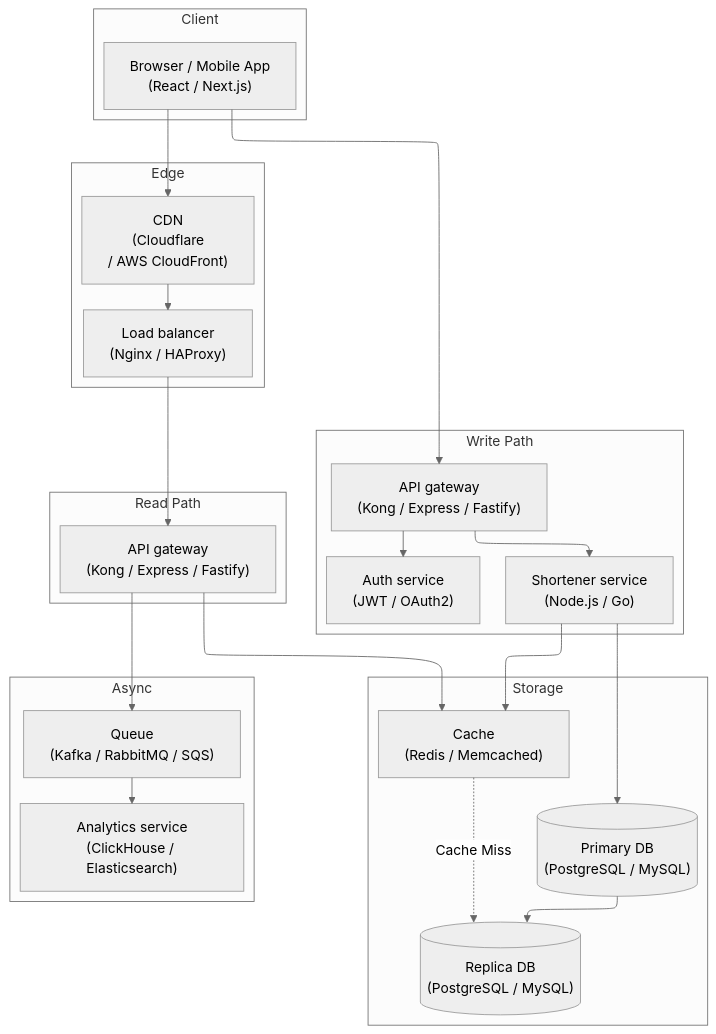
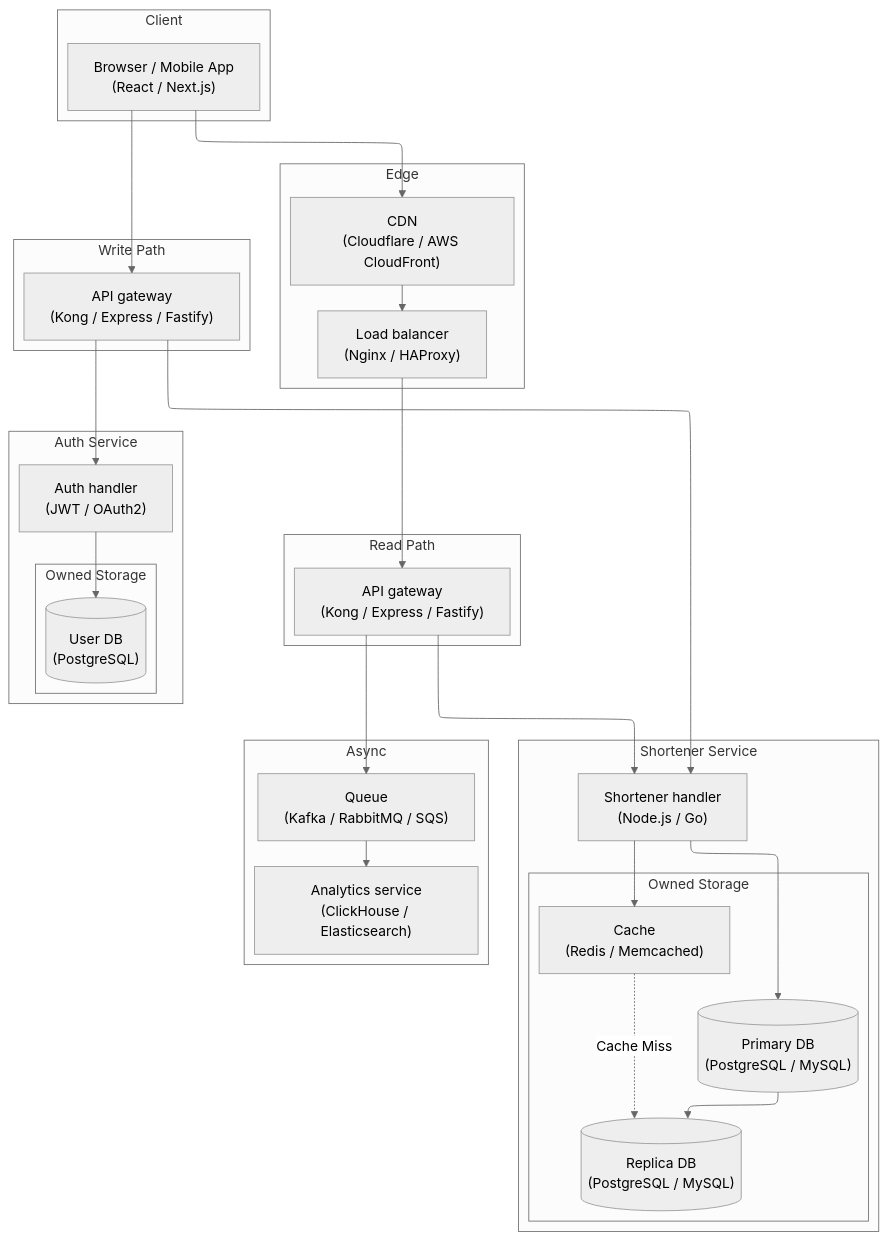
One commit to boycececil666gmailcom/url-shortener changed the first of 2 diagrams in design/02-general-design.md. Above: the diagram before and after it, drawn with Mermaid. The commit also changed other lines of this file and 19 other files, not shown here.

````diff
--- a/design/02-general-design.md
+++ b/design/02-general-design.md
@@ -5,57 +5,66 @@
 ```mermaid
 ---
 config:
   layout: elk
   theme: neutral
 ---
 flowchart TB
 
     subgraph Client
         User["Browser / Mobile App<br/>(React / Next.js)"]
     end
 
     subgraph Edge
-        CDN["CDN<br/>(Cloudflare<br/> / AWS CloudFront)"]
+        CDN["CDN<br/>(Cloudflare / AWS CloudFront)"]
         LB["Load balancer<br/>(Nginx / HAProxy)"]
     end
 
     subgraph WritePath["Write Path"]
         APIGW["API gateway<br/>(Kong / Express / Fastify)"]
-        Auth["Auth service<br/>(JWT / OAuth2)"]
-        Shortener["Shortener service<br/>(Node.js / Go)"]
     end
 
     subgraph ReadPath["Read Path"]
         Redirect["API gateway<br/>(Kong / Express / Fastify)"]
     end
 
-    subgraph Storage
-        Redis["Cache<br/>(Redis / Memcached)"]
-        Primary[("Primary DB<br/>(PostgreSQL / MySQL)")]
-        Replica[("Replica DB<br/>(PostgreSQL / MySQL)")]
+    subgraph AuthSvc["Auth Service"]
+        Auth["Auth handler<br/>(JWT / OAuth2)"]
+        subgraph AuthDB["Owned Storage"]
+            UserDB[("User DB<br/>(PostgreSQL)")]
+        end
+    end
+
+    subgraph ShortenerSvc["Shortener Service"]
+        Shortener["Shortener handler<br/>(Node.js / Go)"]
+        subgraph ShortenerDB["Owned Storage"]
+            Redis["Cache<br/>(Redis / Memcached)"]
+            Primary[("Primary DB<br/>(PostgreSQL / MySQL)")]
+            Replica[("Replica DB<br/>(PostgreSQL / MySQL)")]
+        end
     end
 
     subgraph Async
         Queue["Queue<br/>(Kafka / RabbitMQ / SQS)"]
         Analytics["Analytics service<br/>(ClickHouse / Elasticsearch)"]
     end
 
     User --> APIGW
     APIGW --> Auth
     APIGW --> Shortener
 
+    Auth --> UserDB
+
     Shortener --> Redis
     Shortener --> Primary
-
     Primary --> Replica
+    Redis -. Cache Miss .-> Replica
 
     User --> CDN
     CDN --> LB
     LB --> Redirect
 
-    Redirect --> Redis
-    Redis -. Cache Miss .-> Replica
+    Redirect --> Shortener
 
     Redirect --> Queue
     Queue --> Analytics
 ```
````
